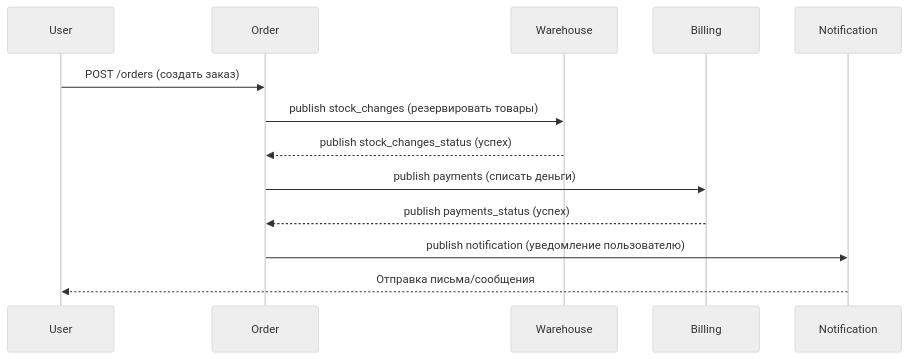
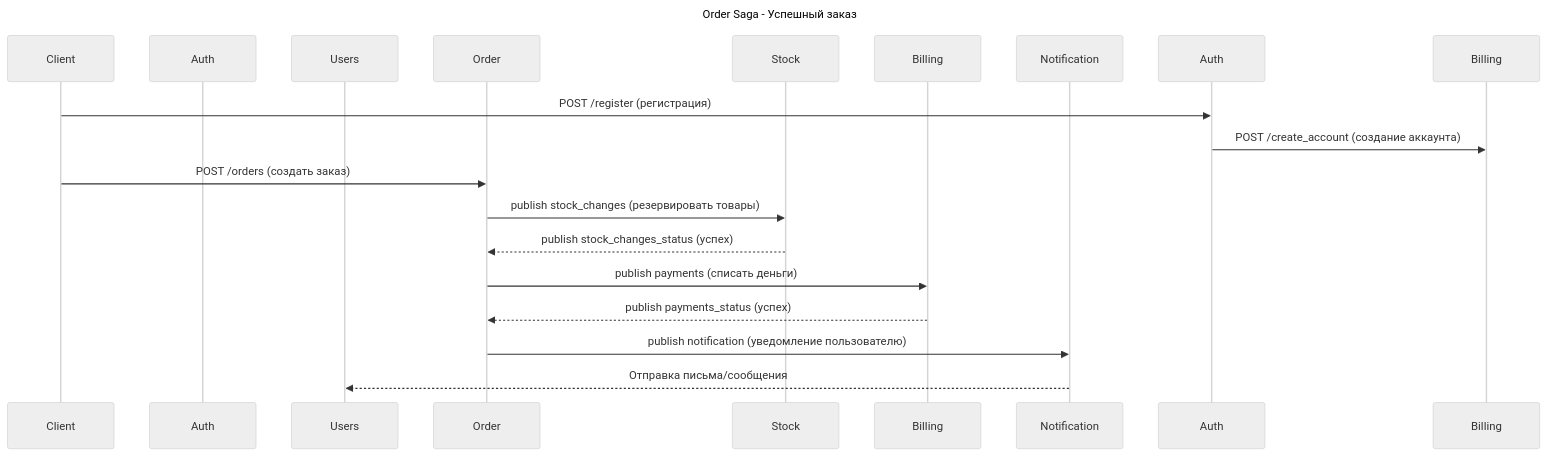
Before and after one commit to maksonday/miniapp: the first of 3 diagrams in README.md, drawn with Mermaid (neutral theme). The commit also changed other lines of this file, not shown here.

````diff
--- a/README.md
+++ b/README.md
@@ -102,19 +84,26 @@
 ```mermaid
 sequenceDiagram
-    participant U as User
+    title Order Saga - Успешный заказ
+
+    participant C as Client
+    participant A as Auth
+    participant U as Users
     participant O as Order
-    participant W as Warehouse
+    participant S as Stock
     participant B as Billing
     participant N as Notification
 
-    U->>O: POST /orders (создать заказ)
+    C->>Auth: POST /register (регистрация)
+    Auth->>Billing: POST /create_account (создание аккаунта)
+
+    C->>O: POST /orders (создать заказ)
     
-    O->>W: publish stock_changes (резервировать товары)
-    W-->>O: publish stock_changes_status (успех)
+    O->>S: publish stock_changes (резервировать товары)
+    S-->>O: publish stock_changes_status (успех)
 
     O->>B: publish payments (списать деньги)
     B-->>O: publish payments_status (успех)
 
     O->>N: publish notification (уведомление пользователю)
     N-->>U: Отправка письма/сообщения
 ```
````
